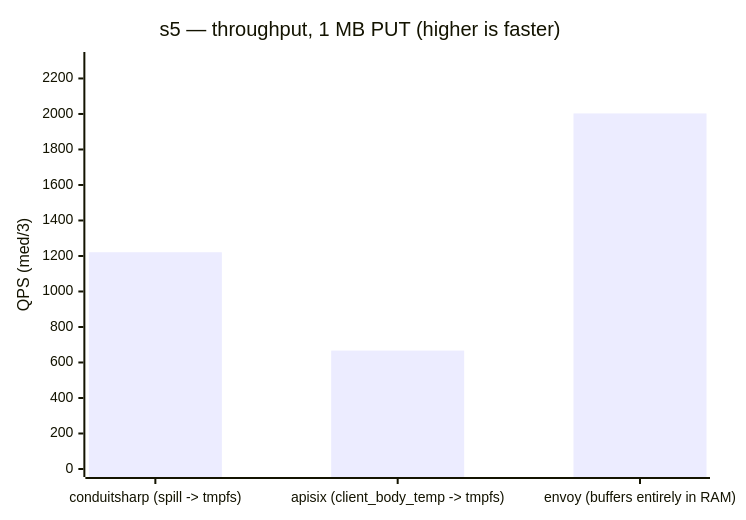
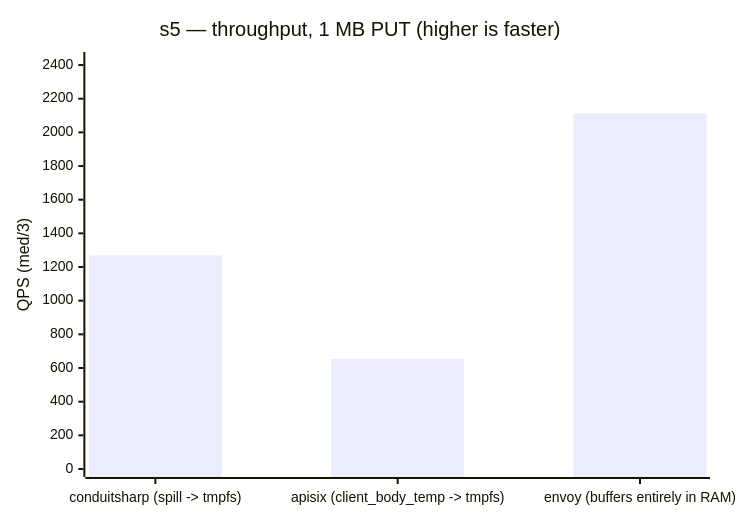
One commit to liqngliz/ConduitSharp changed the second of 2 diagrams in benchmarks/load/README.md. Above: the diagram before and after it, drawn with Mermaid. The commit also changed other lines of this file and 1 other file, not shown here.

````diff
--- a/benchmarks/load/README.md
+++ b/benchmarks/load/README.md
@@ -135,7 +135,7 @@
 ```mermaid
 xychart-beta
     title "s5 — throughput, 1 MB PUT (higher is faster)"
     x-axis ["conduitsharp (spill -> tmpfs)", "apisix (client_body_temp -> tmpfs)", "envoy (buffers entirely in RAM)"]
-    y-axis "QPS (med/3)" 0 --> 2304
-    bar [1221, 667, 2003]
+    y-axis "QPS (med/3)" 0 --> 2430
+    bar [1269, 654, 2113]
 ```
````
